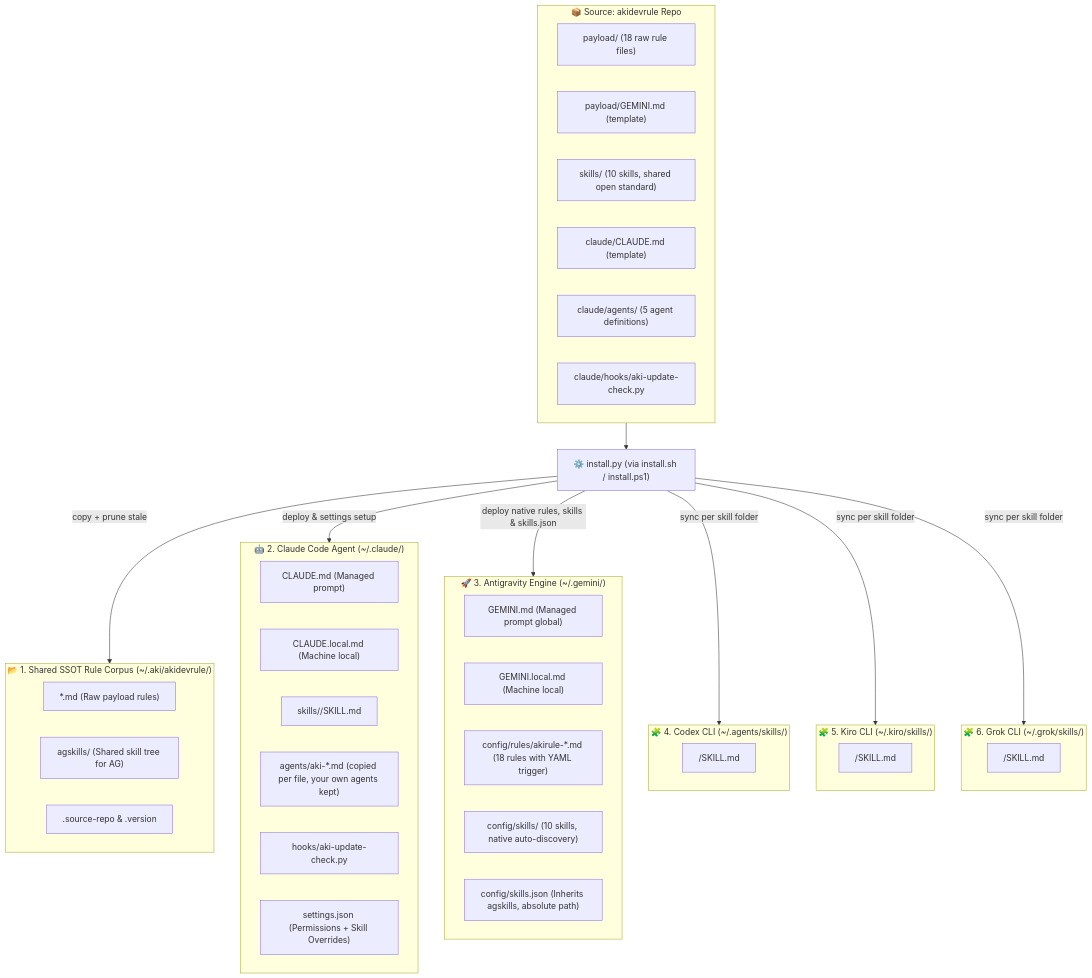
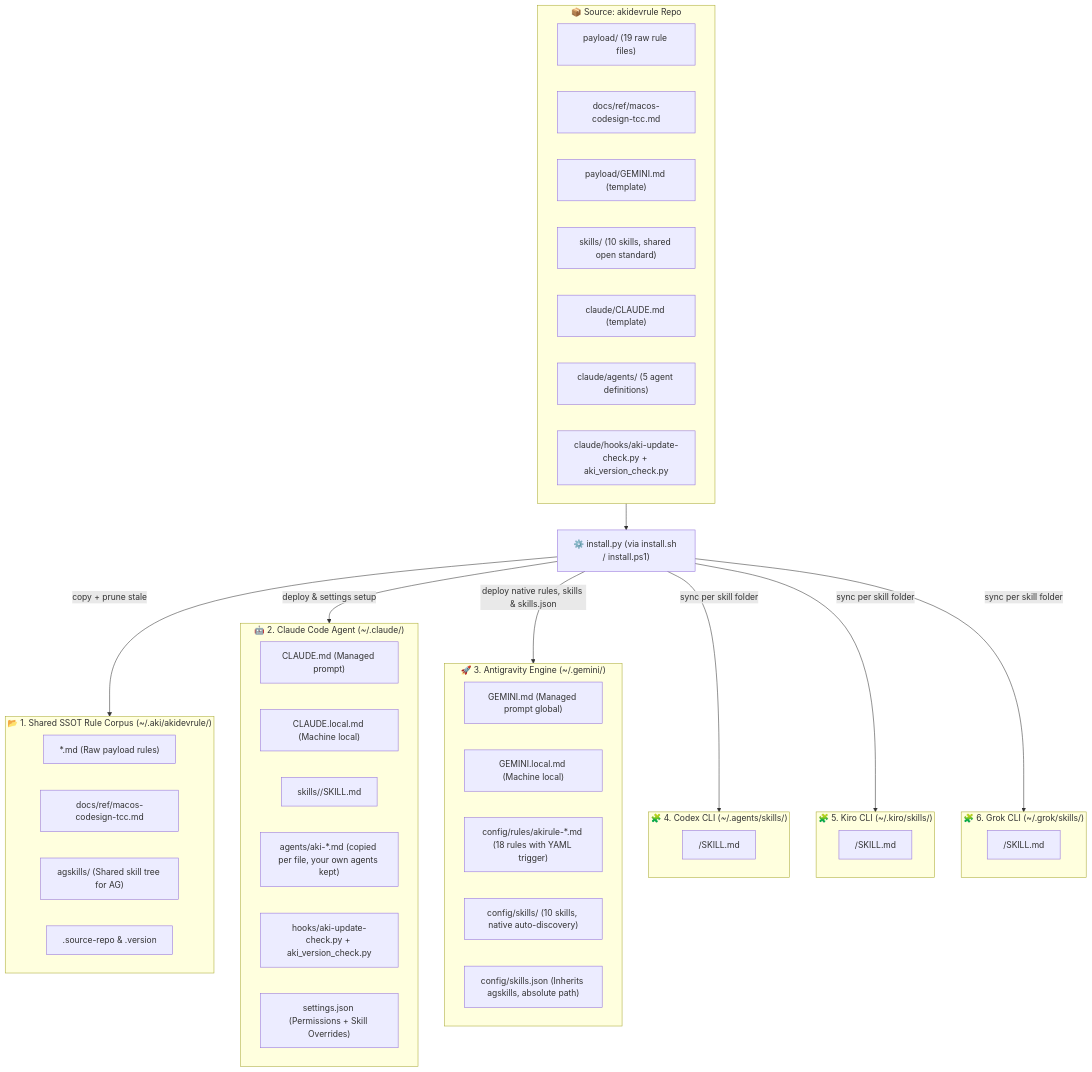
Before and after one commit to QuachGia1994/akidevrule: the diagram in README.md, drawn with Mermaid. The commit also changed other lines of this file and 18 other files, not shown here.

````diff
--- a/README.md
+++ b/README.md
@@ -227,58 +238,60 @@
 ```mermaid
 flowchart TD
     subgraph SRC["📦 Source: akidevrule Repo"]
-        PAYLOAD["payload/ (18 raw rule files)"]
+        PAYLOAD["payload/ (19 raw rule files)"]
+        TCCREF["docs/ref/macos-codesign-tcc.md"]
         PGEMINI["payload/GEMINI.md (template)"]
         CSKILLS["skills/ (10 skills, shared open standard)"]
         CCLAUDE["claude/CLAUDE.md (template)"]
         CAGENTS["claude/agents/ (5 agent definitions)"]
-        CHOOKS["claude/hooks/aki-update-check.py"]
+        CHOOKS["claude/hooks/aki-update-check.py + aki_version_check.py"]
     end
 
     INSTALL["⚙️ install.py (via install.sh / install.ps1)"]
     SRC --> INSTALL
 
     %% TARGET 1: ~/.aki/akidevrule/
     subgraph T1["📂 1. Shared SSOT Rule Corpus (~/.aki/akidevrule/)"]
         R_CORPUS["*.md (Raw payload rules)"]
+        R_TCC["docs/ref/macos-codesign-tcc.md"]
         R_AGSKILLS["agskills/ (Shared skill tree for AG)"]
         R_META[".source-repo & .version"]
     end
 
     %% TARGET 2: ~/.claude/
     subgraph T2["🤖 2. Claude Code Agent (~/.claude/)"]
         C_MD["CLAUDE.md (Managed prompt)"]
         C_LOCAL["CLAUDE.local.md (Machine local)"]
         C_SKILLS["skills/<skill_name>/SKILL.md"]
         C_AGENTS["agents/aki-*.md (copied per file, your own agents kept)"]
-        C_HOOKS["hooks/aki-update-check.py"]
+        C_HOOKS["hooks/aki-update-check.py + aki_version_check.py"]
         C_SET["settings.json (Permissions + Skill Overrides)"]
     end
 
     %% TARGET 3: ~/.gemini/
     subgraph T3["🚀 3. Antigravity Engine (~/.gemini/)"]
         G_MD["GEMINI.md (Managed prompt global)"]
         G_LOCAL["GEMINI.local.md (Machine local)"]
         G_RULES["config/rules/akirule-*.md (18 rules with YAML trigger)"]
         G_SKILLS["config/skills/ (10 skills, native auto-discovery)"]
         G_SJSON["config/skills.json (Inherits agskills, absolute path)"]
     end
 
     %% TARGETS 4-6: other CLIs that natively consume the SKILL.md standard
     subgraph T4["🧩 4. Codex CLI (~/.agents/skills/)"]
         X_SKILLS["<skill_name>/SKILL.md"]
     end
     subgraph T5["🧩 5. Kiro CLI (~/.kiro/skills/)"]
         K_SKILLS["<skill_name>/SKILL.md"]
     end
     subgraph T6["🧩 6. Grok CLI (~/.grok/skills/)"]
         R_SKILLS["<skill_name>/SKILL.md"]
     end
 
     INSTALL -->|"copy + prune stale"| T1
     INSTALL -->|"deploy & settings setup"| T2
     INSTALL -->|"deploy native rules, skills & skills.json"| T3
     INSTALL -->|"sync per skill folder"| T4
     INSTALL -->|"sync per skill folder"| T5
     INSTALL -->|"sync per skill folder"| T6
 ```
````
